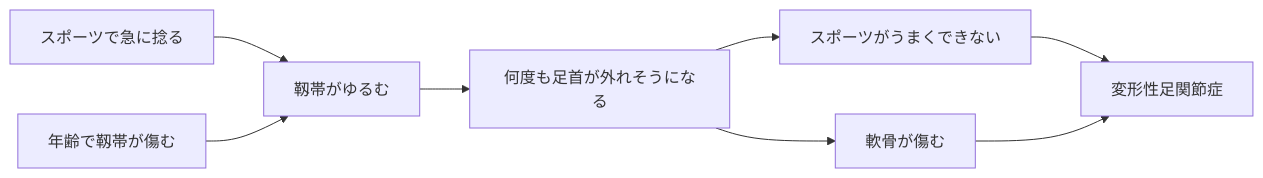
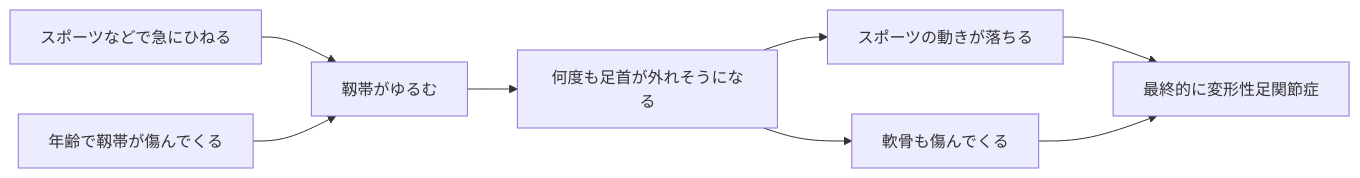
Before and after one commit to TakaOrtho/ogawa-foot-clinic-wiki: the first of 2 diagrams in docs/patient/ankle-instability.md, drawn with Mermaid. The commit also changed other lines of this file and 11 other files, not shown here.

First line of the commit message:
Phase1 polish: fix icon bug, add hero/CTA, patient-tone rewrite, AI schemas, responsive CSS

````diff
--- a/docs/patient/ankle-instability.md
+++ b/docs/patient/ankle-instability.md
@@ -21,10 +27,10 @@
 ```mermaid
 flowchart LR
-    A[スポーツで急に捻る] --> C[靱帯がゆるむ]
-    B[年齢で靱帯が傷む] --> C
+    A[スポーツなどで急にひねる] --> C[靱帯がゆるむ]
+    B[年齢で靱帯が傷んでくる] --> C
     C --> D[何度も足首が外れそうになる]
-    D --> E[スポーツがうまくできない]
-    D --> F[軟骨が傷む]
-    E --> G[変形性足関節症]
+    D --> E[スポーツの動きが落ちる]
+    D --> F[軟骨も傷んでくる]
+    E --> G[最終的に変形性足関節症]
     F --> G
 ```
````
